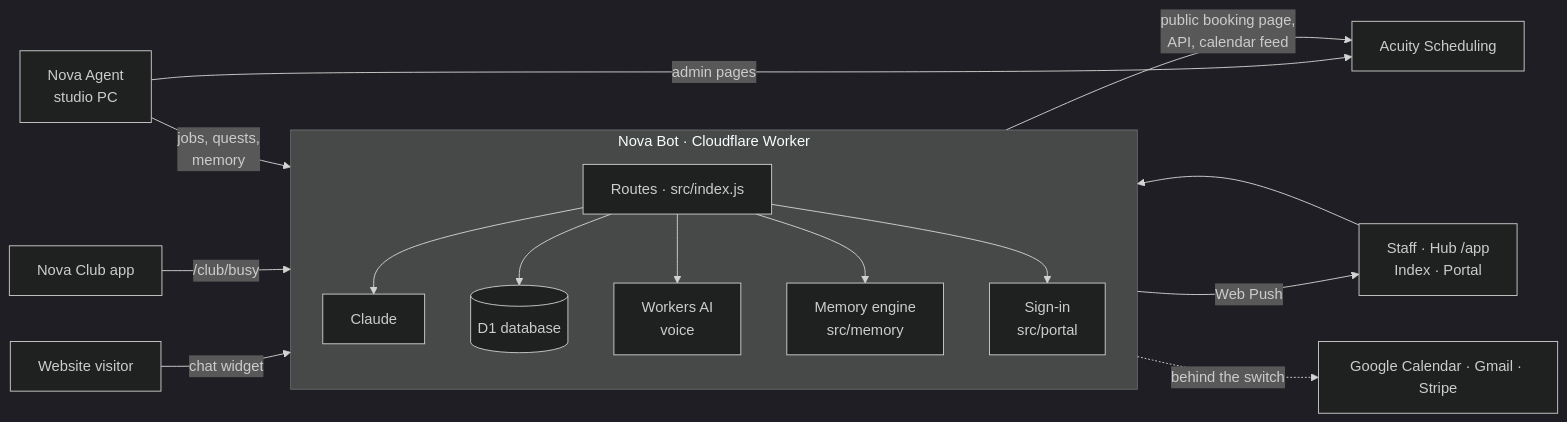
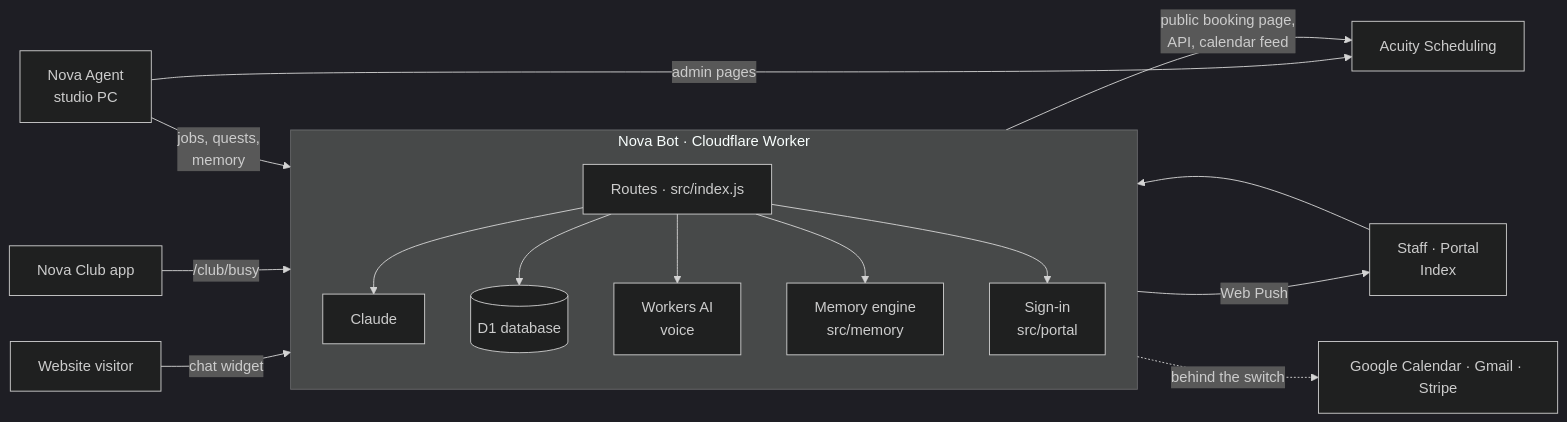
Before and after one commit to tuniveza/nova-bot: the diagram in README.md, drawn with Mermaid (dark theme). The commit also changed other lines of this file and 18 other files, not shown here.

First line of the commit message:
Portal takes in Hub: /app/ pages go to /portal/

````diff
--- a/README.md
+++ b/README.md
@@ -233,18 +236,18 @@
 ```mermaid
 flowchart LR
     V[Website visitor] -->|chat widget| W
-    S[Staff · Hub /app<br/>Index · Portal] --> W
+    S[Staff · Portal<br/>Index] --> W
     C[Nova Club app] -->|/club/busy| W
     subgraph W[Nova Bot · Cloudflare Worker]
       R[Routes · src/index.js] --> CL[Claude]
       R --> DB[(D1 database)]
       R --> AI[Workers AI<br/>voice]
       R --> MEM[Memory engine<br/>src/memory]
       R --> PO[Sign-in<br/>src/portal]
     end
     W -->|public booking page,<br/>API, calendar feed| A[Acuity Scheduling]
     NA[Nova Agent<br/>studio PC] -->|jobs, quests,<br/>memory| W
     NA -->|admin pages| A
     W -->|Web Push| S
     W -.->|behind the switch| G[Google Calendar · Gmail · Stripe]
 ```
````
